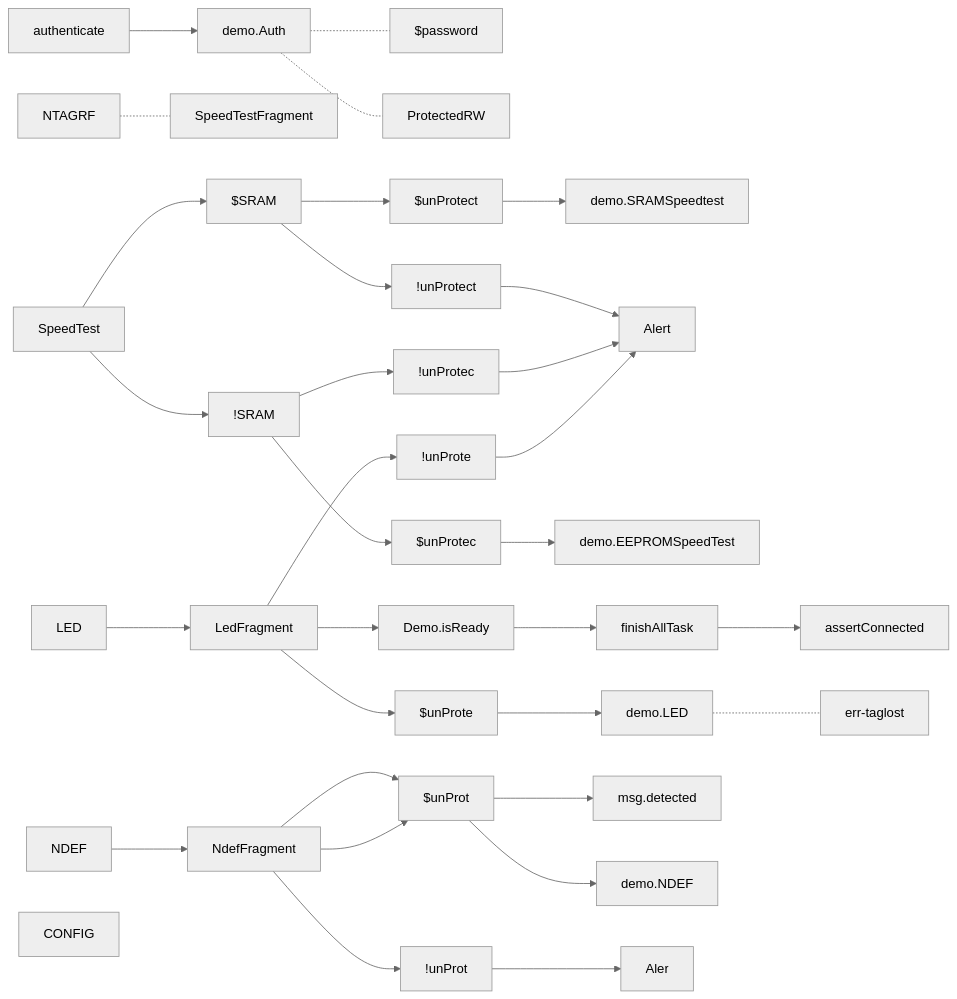
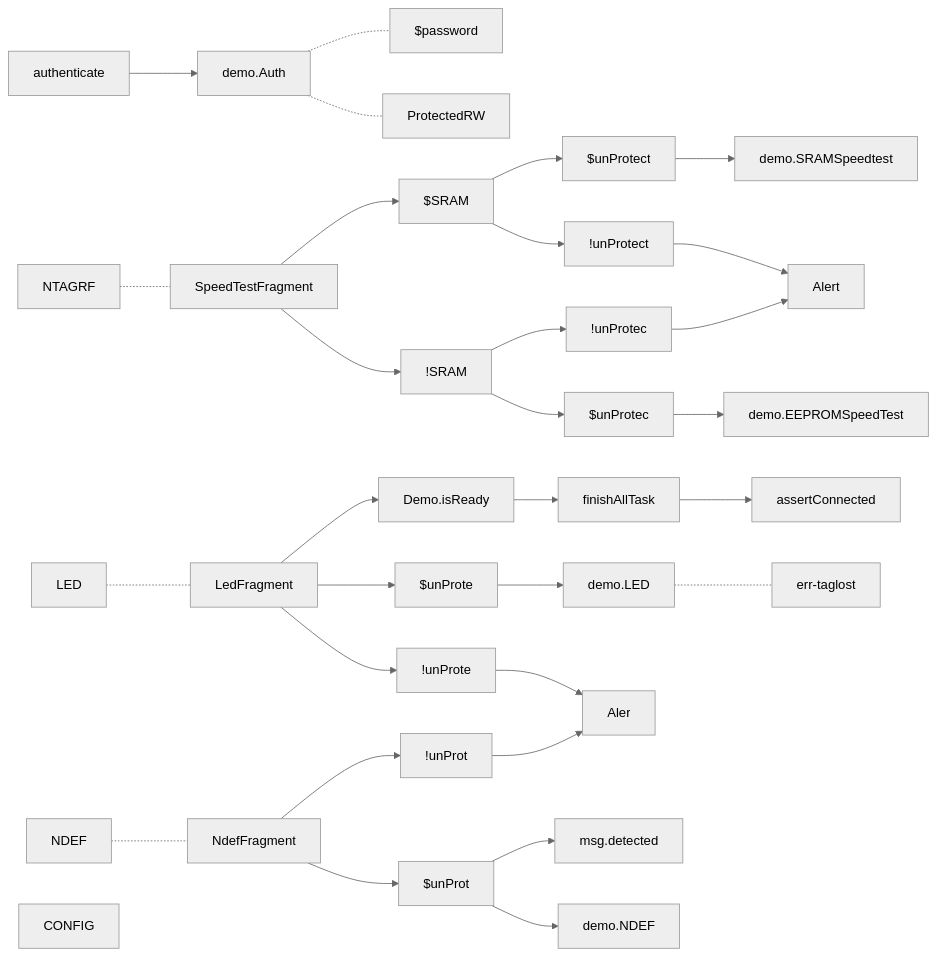
The fifth of 5 diagrams in nxp/MainActivity.md (gordianknotC/nxp_note), drawn with Mermaid (neutral theme) before and after one commit. The commit also changed other lines of this file, not shown here.

Commit message:
nxp/MainActivity.md updated from https://stackedit.io/

````diff
--- a/nxp/MainActivity.md
+++ b/nxp/MainActivity.md
@@ -56,45 +56,42 @@
 ```mermaid
 graph LR
 authenticate --> demo.Auth
 demo.Auth -.- $password
 demo.Auth -.- ProtectedRW
 
 
 
 NTAGRF -.- SpeedTestFragment
-SpeedTest --> $SRAM
-SpeedTest --> !SRAM
+SpeedTestFragment--> $SRAM
+SpeedTestFragment--> !SRAM
 $SRAM --> $unProtect
 $SRAM --> !unProtect
 $unProtect--> demo.SRAMSpeedtest
 !unProtect--> Alert
 !SRAM --> $unProtec
 !SRAM --> !unProtec
 $unProtec --> demo.EEPROMSpeedTest
 !unProtec --> Alert
 
 
-LED --> LedFragment
+LED -.- LedFragment
 LedFragment --> Demo.isReady
 Demo.isReady --> finishAllTask
 finishAllTask --> assertConnected
 LedFragment --> $unProte
 LedFragment --> !unProte
 $unProte --> demo.LED
 demo.LED -.- err-taglost
-!unProte --> Alert
+!unProte --> Aler
 
 
-NDEF --> NdefFragment
+NDEF -.- NdefFragment
 NdefFragment --> $unProt
 NdefFragment --> !unProt
 $unProt--> msg.detected
 $unProt--> demo.NDEF
 !unProt --> Aler
 
-NdefFragment --> $unProt
-
-
 
 CONFIG
 ```
````
